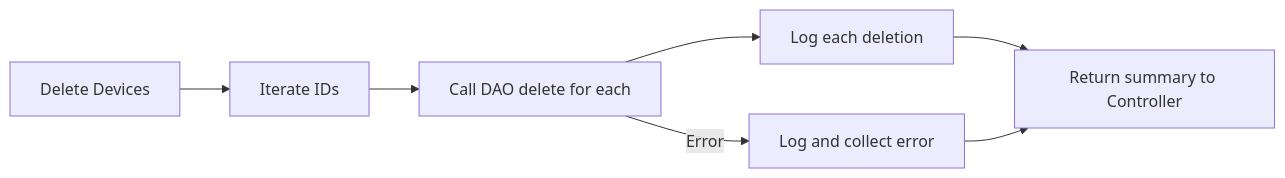
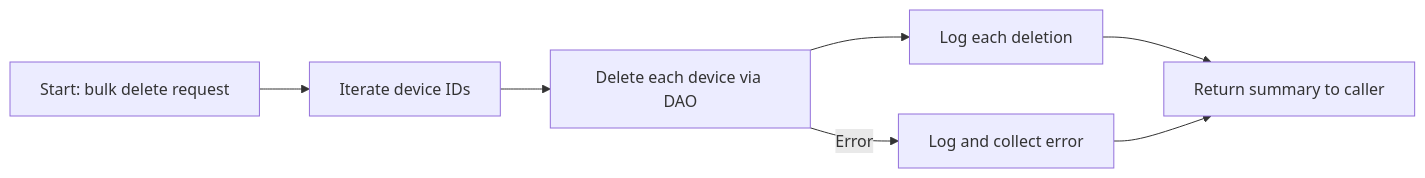
The ninth of 9 diagrams in spec/spec-backend-service-implementation.md (vx-daniel/tb-ai-docs), drawn with Mermaid before and after one commit. The commit also changed other lines of this file, not shown here.

````diff
--- a/spec/spec-backend-service-implementation.md
+++ b/spec/spec-backend-service-implementation.md
@@ -225,9 +265,9 @@
 ```mermaid
 flowchart LR
-    A[Delete Devices] --> B[Iterate IDs]
-    B --> C[Call DAO delete for each]
-    C --> D[Log each deletion]
-    D --> E[Return summary to Controller]
-    C -- Error --> F[Log and collect error]
-    F --> E
+    i1[Start: bulk delete request] --> i2[Iterate device IDs]
+    i2 --> i3[Delete each device via DAO]
+    i3 --> i4[Log each deletion]
+    i4 --> i5[Return summary to caller]
+    i3 -- Error --> i6[Log and collect error]
+    i6 --> i5
 ```
````
